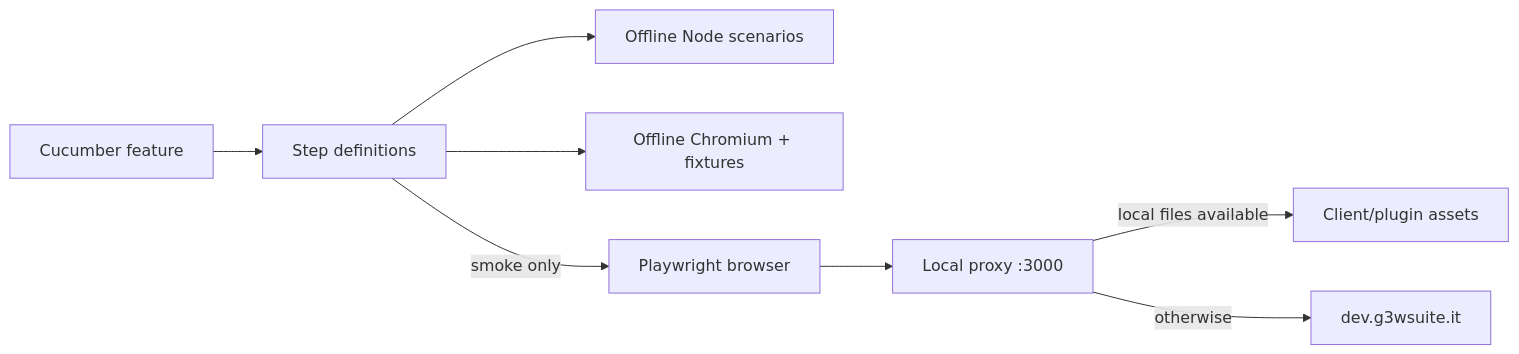
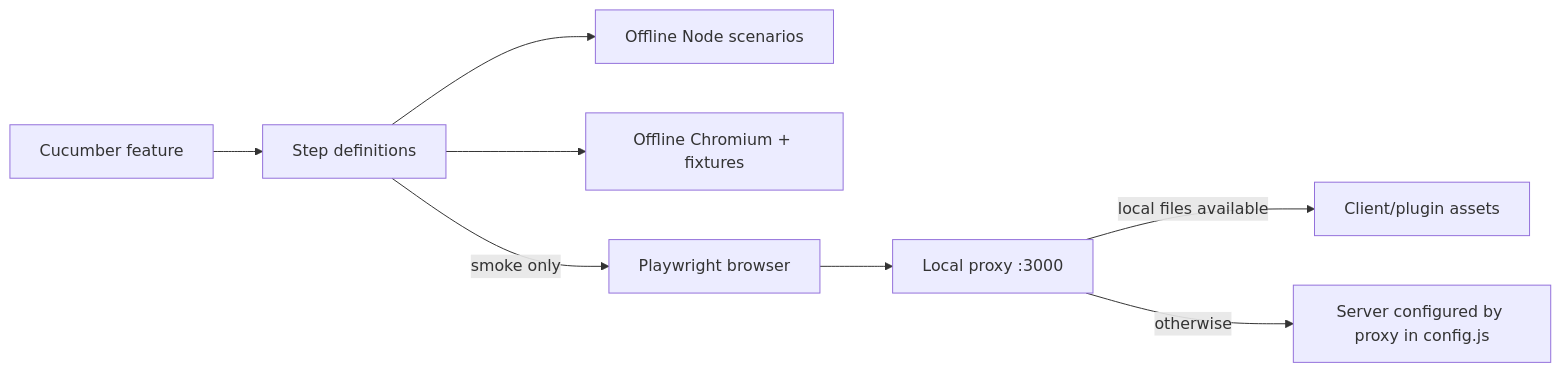
The first of 2 diagrams in test/README.md (g3w-suite/g3w-client), drawn with Mermaid before and after one commit. The commit also changed other lines of this file and 9 other files, not shown here.

````diff
--- a/test/README.md
+++ b/test/README.md
@@ -304,10 +303,10 @@
 ```mermaid
 flowchart LR
   Feature["Cucumber feature"] --> Steps["Step definitions"]
   Steps --> Unit["Offline Node scenarios"]
   Steps --> LocalBrowser["Offline Chromium + fixtures"]
   Steps -->|smoke only| Browser["Playwright browser"]
   Browser --> Proxy["Local proxy :3000"]
   Proxy -->|local files available| Assets["Client/plugin assets"]
-  Proxy -->|otherwise| Remote["dev.g3wsuite.it"]
+  Proxy -->|otherwise| Remote["Server configured by proxy in config.js"]
 ```
````
